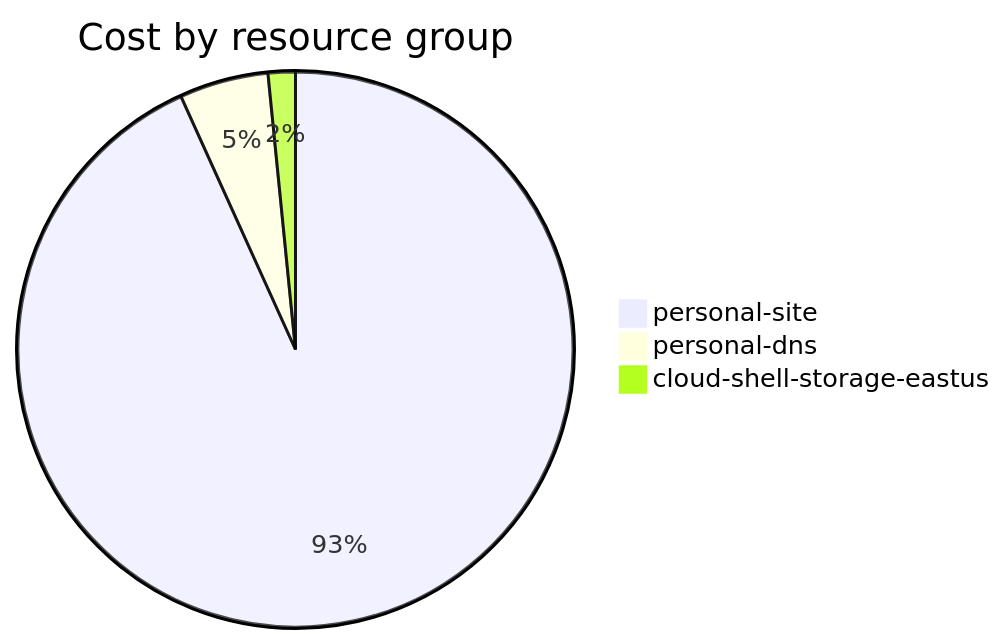
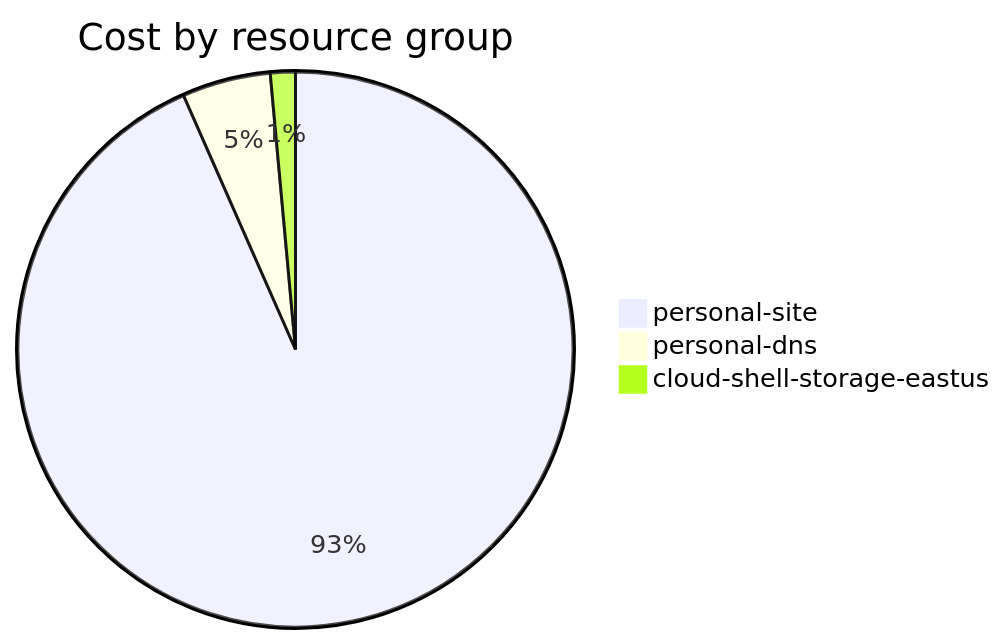
Before and after one commit to jpfulton/azure-personal-reports: the fourth of 4 diagrams in cost-reports/accumulated-cost.md, drawn with Mermaid. The commit also changed other lines of this file and 4 other files, not shown here.

````diff
--- a/cost-reports/accumulated-cost.md
+++ b/cost-reports/accumulated-cost.md
@@ -143,7 +143,7 @@
 ```mermaid
 pie
    title Cost by resource group
-   "personal-site" : 6.48
-   "personal-dns" : 0.36
+   "personal-site" : 7.07
+   "personal-dns" : 0.39
    "cloud-shell-storage-eastus" : 0.11
 ```
````
